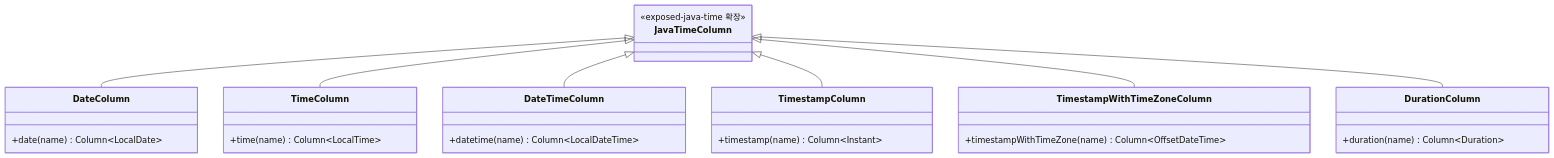
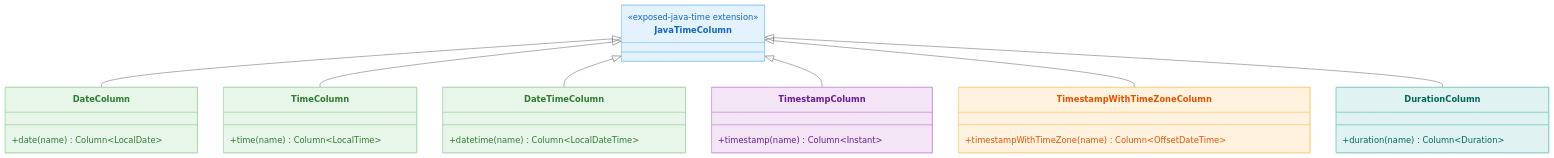
One commit to bluetape4k/exposed-r2dbc-workshop changed the first of 2 diagrams in 06-advanced/02-exposed-r2dbc-javatime/README.md. Above: the diagram before and after it, drawn with Mermaid. The commit also changed other lines of this file and 63 other files, not shown here.

First line of the commit message:
docs: 전 모듈 README Mermaid UML 추가 및 영/한 이중화

````diff
--- a/06-advanced/02-exposed-r2dbc-javatime/README.md
+++ b/06-advanced/02-exposed-r2dbc-javatime/README.md
@@ -52,31 +54,40 @@
 ```mermaid
+%%{init: {"theme": "neutral"}}%%
 classDiagram
     class JavaTimeColumn {
-        <<exposed-java-time 확장>>
+        <<exposed-java-time extension>>
     }
     class DateColumn {
         +date(name) Column~LocalDate~
     }
     class TimeColumn {
         +time(name) Column~LocalTime~
     }
     class DateTimeColumn {
         +datetime(name) Column~LocalDateTime~
     }
     class TimestampColumn {
         +timestamp(name) Column~Instant~
     }
     class TimestampWithTimeZoneColumn {
         +timestampWithTimeZone(name) Column~OffsetDateTime~
     }
     class DurationColumn {
         +duration(name) Column~Duration~
     }
 
     JavaTimeColumn <|-- DateColumn
     JavaTimeColumn <|-- TimeColumn
     JavaTimeColumn <|-- DateTimeColumn
     JavaTimeColumn <|-- TimestampColumn
     JavaTimeColumn <|-- TimestampWithTimeZoneColumn
     JavaTimeColumn <|-- DurationColumn
+
+    style JavaTimeColumn fill:#E3F2FD,stroke:#90CAF9,color:#1565C0
+    style DateColumn fill:#E8F5E9,stroke:#A5D6A7,color:#2E7D32
+    style TimeColumn fill:#E8F5E9,stroke:#A5D6A7,color:#2E7D32
+    style DateTimeColumn fill:#E8F5E9,stroke:#A5D6A7,color:#2E7D32
+    style TimestampColumn fill:#F3E5F5,stroke:#CE93D8,color:#6A1B9A
+    style TimestampWithTimeZoneColumn fill:#FFF3E0,stroke:#FFCC80,color:#E65100
+    style DurationColumn fill:#E0F2F1,stroke:#80CBC4,color:#00695C
 ```
````
